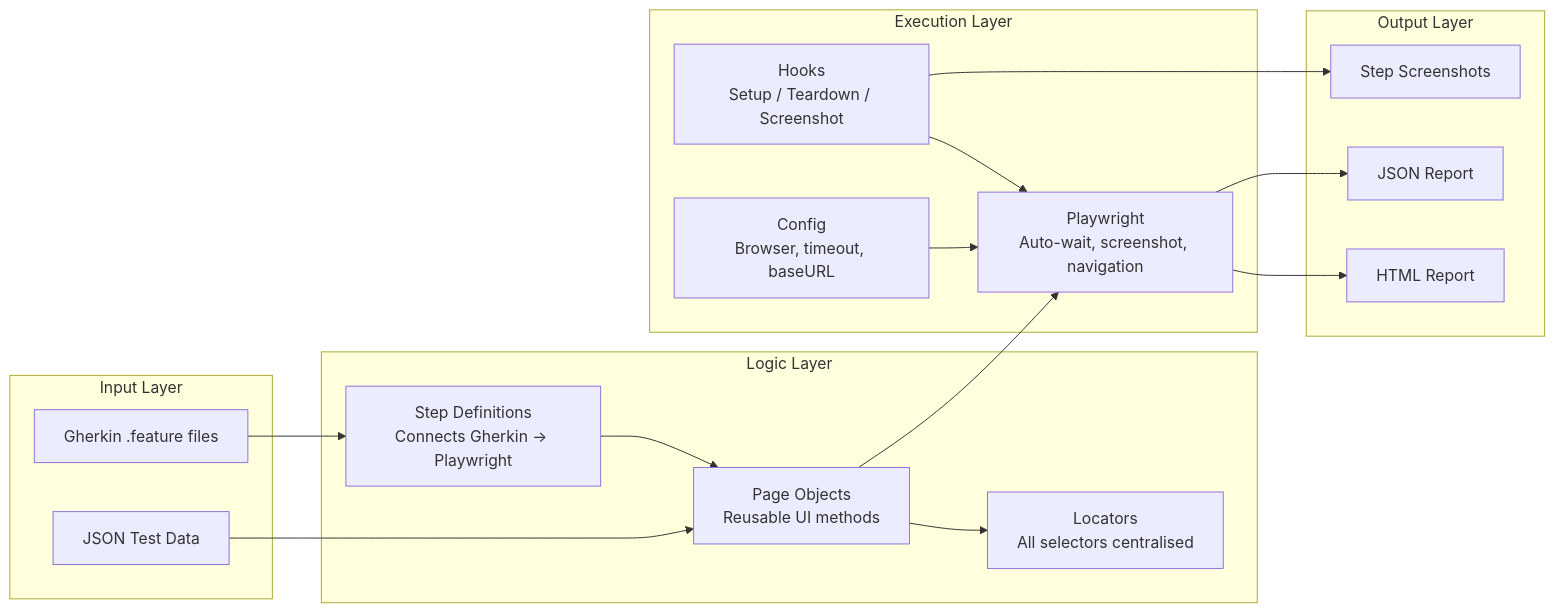
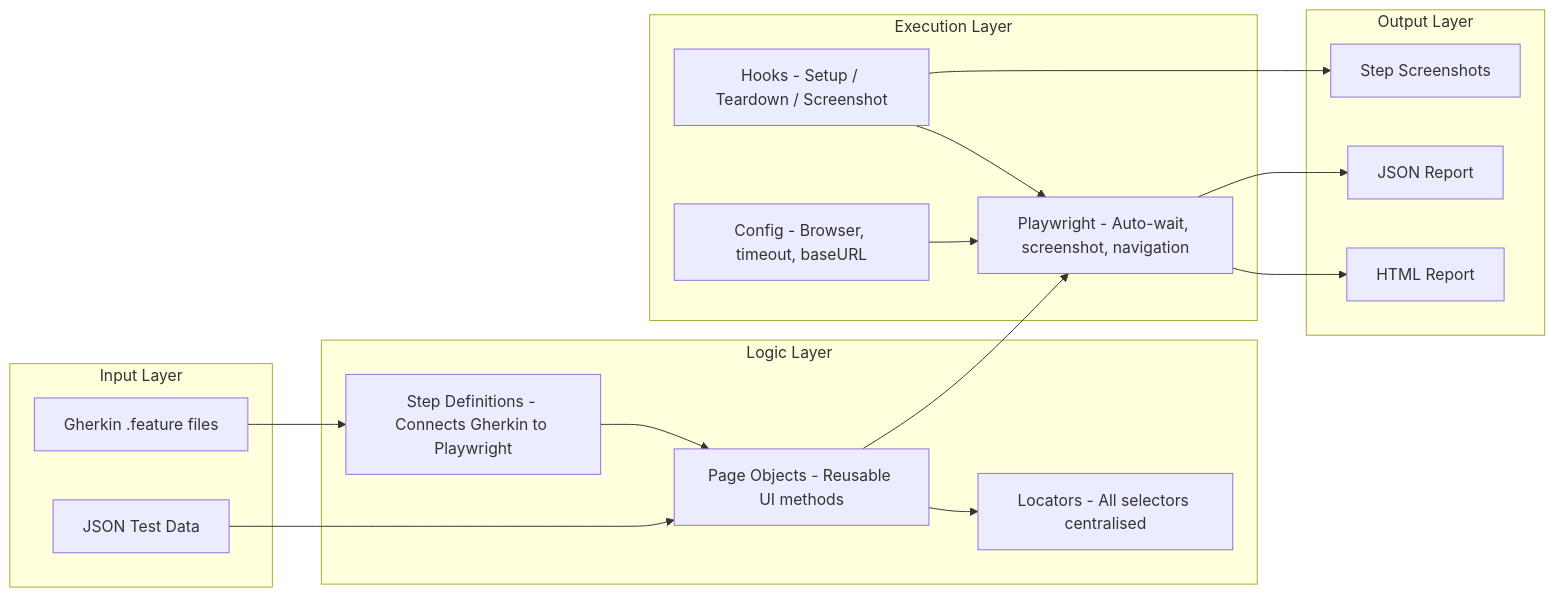
Before and after one commit to ron457/Cucumber-Test-Ophelia: the fourth of 15 diagrams in rchitecture.md, drawn with Mermaid. The commit also changed other lines of this file, not shown here.

````diff
--- a/rchitecture.md
+++ b/rchitecture.md
@@ -112,36 +112,36 @@
 ```mermaid
 flowchart LR
     subgraph Input ["Input Layer"]
-        GHK[Gherkin .feature files]
-        JDATA[JSON Test Data]
+        GHK["Gherkin .feature files"]
+        JDATA["JSON Test Data"]
     end
 
     subgraph Logic ["Logic Layer"]
-        SD[Step Definitions\nConnects Gherkin → Playwright]
-        PO[Page Objects\nReusable UI methods]
-        LOC[Locators\nAll selectors centralised]
+        SD["Step Definitions - Connects Gherkin to Playwright"]
+        PO["Page Objects - Reusable UI methods"]
+        LOC["Locators - All selectors centralised"]
     end
 
     subgraph Execution ["Execution Layer"]
-        PW[Playwright\nAuto-wait, screenshot, navigation]
-        HK[Hooks\nSetup / Teardown / Screenshot]
-        CFG[Config\nBrowser, timeout, baseURL]
+        PW["Playwright - Auto-wait, screenshot, navigation"]
+        HK["Hooks - Setup / Teardown / Screenshot"]
+        CFG["Config - Browser, timeout, baseURL"]
     end
 
     subgraph Output ["Output Layer"]
-        HTML[HTML Report]
-        SS[Step Screenshots]
-        JRPT[JSON Report]
+        HTML["HTML Report"]
+        SS["Step Screenshots"]
+        JRPT["JSON Report"]
     end
 
     GHK --> SD
     JDATA --> PO
     SD --> PO
     PO --> LOC
     PO --> PW
     HK --> PW
     CFG --> PW
     PW --> HTML
     HK --> SS
     PW --> JRPT
 ```
````
